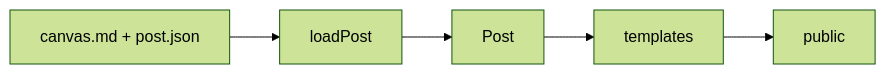
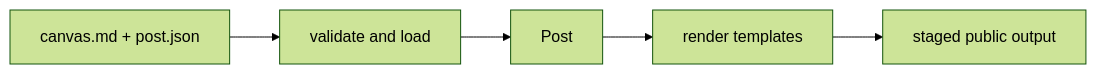
Before and after one commit to rajp152k/ssg: the diagram in AGENTS.md, drawn with Mermaid (forest theme). The commit also changed other lines of this file and 10 other files, not shown here.

Commit message:
Harden canvas post builds

````diff
--- a/AGENTS.md
+++ b/AGENTS.md
@@ -9,7 +9,7 @@
 ```mermaid
 graph LR
-  A[canvas.md + post.json] --> B[loadPost]
+  A[canvas.md + post.json] --> B[validate and load]
   B --> C[Post]
-  C --> D[templates]
-  D --> E[public]
+  C --> D[render templates]
+  D --> E[staged public output]
 ```
````
